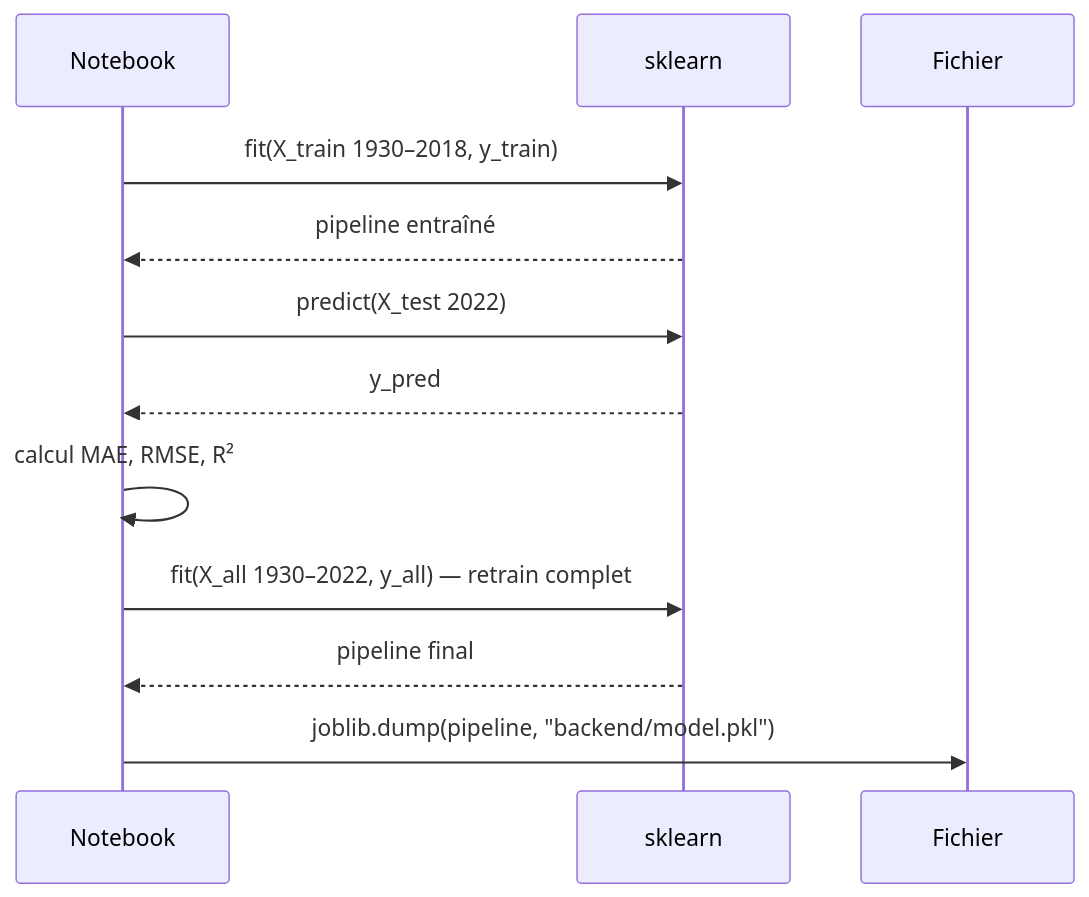
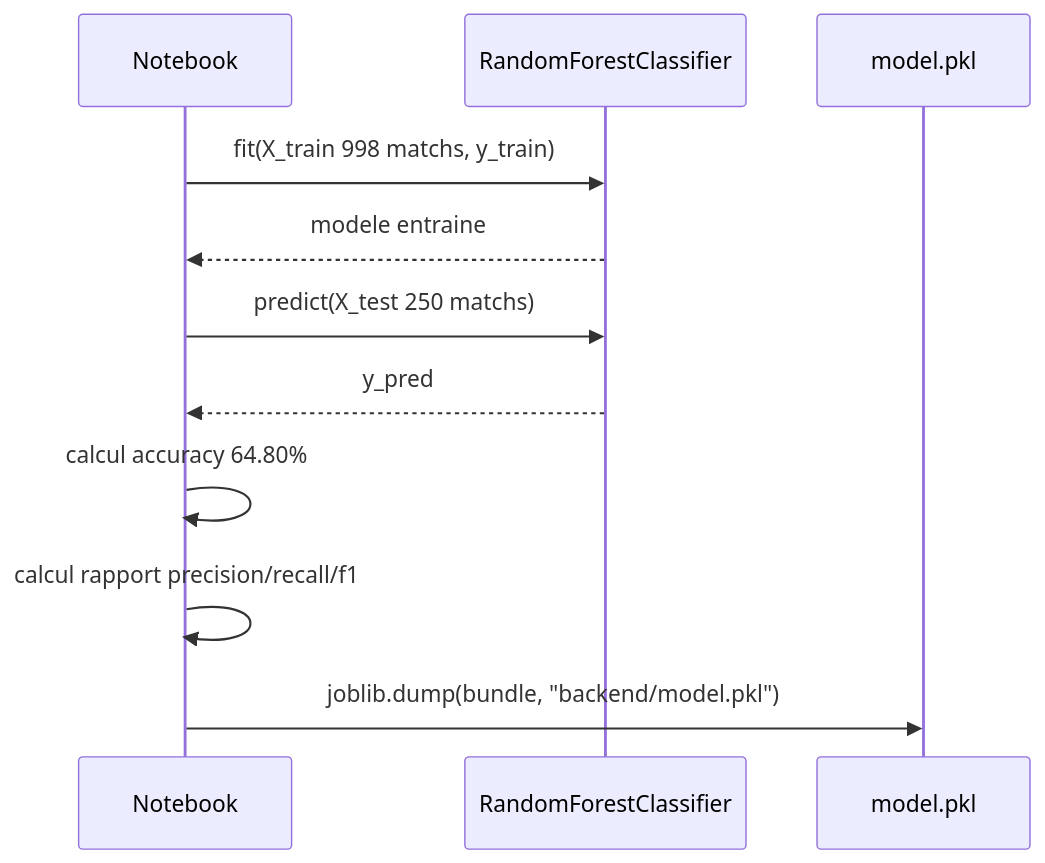
Before and after one commit to quentinete2/Data_ai_Foot_Quentin_Thibaud: the second of 2 diagrams in Ressources/2.spec/02_ml_model.md, drawn with Mermaid. The commit also changed other lines of this file and 11 other files, not shown here.

````diff
--- a/Ressources/2.spec/02_ml_model.md
+++ b/Ressources/2.spec/02_ml_model.md
@@ -116,15 +120,14 @@
 ```mermaid
 sequenceDiagram
     participant NB as Notebook
-    participant SK as sklearn
-    participant FS as Fichier
+    participant SK as RandomForestClassifier
+    participant FS as model.pkl
 
-    NB->>SK: fit(X_train 1930–2018, y_train)
-    SK-->>NB: pipeline entraîné
-    NB->>SK: predict(X_test 2022)
+    NB->>SK: fit(X_train 998 matchs, y_train)
+    SK-->>NB: modele entraine
+    NB->>SK: predict(X_test 250 matchs)
     SK-->>NB: y_pred
-    NB->>NB: calcul MAE, RMSE, R²
-    NB->>SK: fit(X_all 1930–2022, y_all) — retrain complet
-    SK-->>NB: pipeline final
-    NB->>FS: joblib.dump(pipeline, "backend/model.pkl")
+    NB->>NB: calcul accuracy 64.80%
+    NB->>NB: calcul rapport precision/recall/f1
+    NB->>FS: joblib.dump(bundle, "backend/model.pkl")
 ```
````
